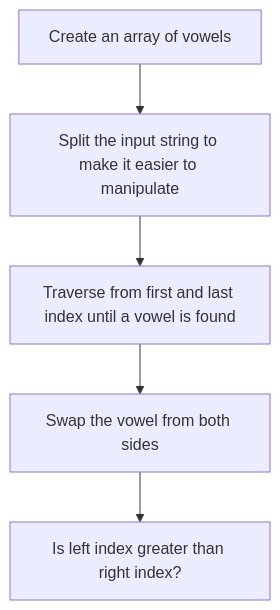
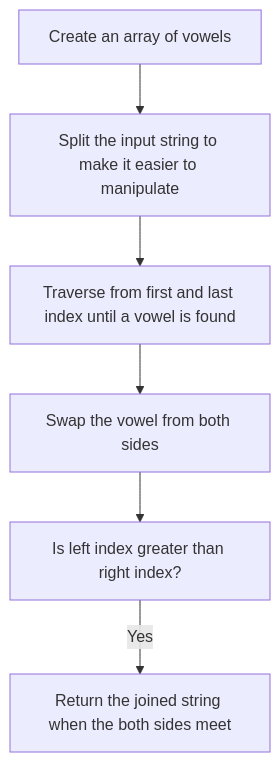
The diagram in Warmup/Reverse Vowels/README.md (damarbm30/competitive-programming), drawn with Mermaid before and after one commit.

````diff
--- a/Warmup/Reverse Vowels/README.md
+++ b/Warmup/Reverse Vowels/README.md
@@ -5,8 +5,9 @@
 ```mermaid
 graph TB;
     A[Create an array of vowels]-->B[Split the input string to make it easier to manipulate];
     B-->C[Traverse from first and last index until a vowel is found];
     C-->D[Swap the vowel from both sides];
     D-->E[Is left index greater than right index?];
+    E--Yes-->F[Return the joined string when the both sides meet];
    
 ```
````
